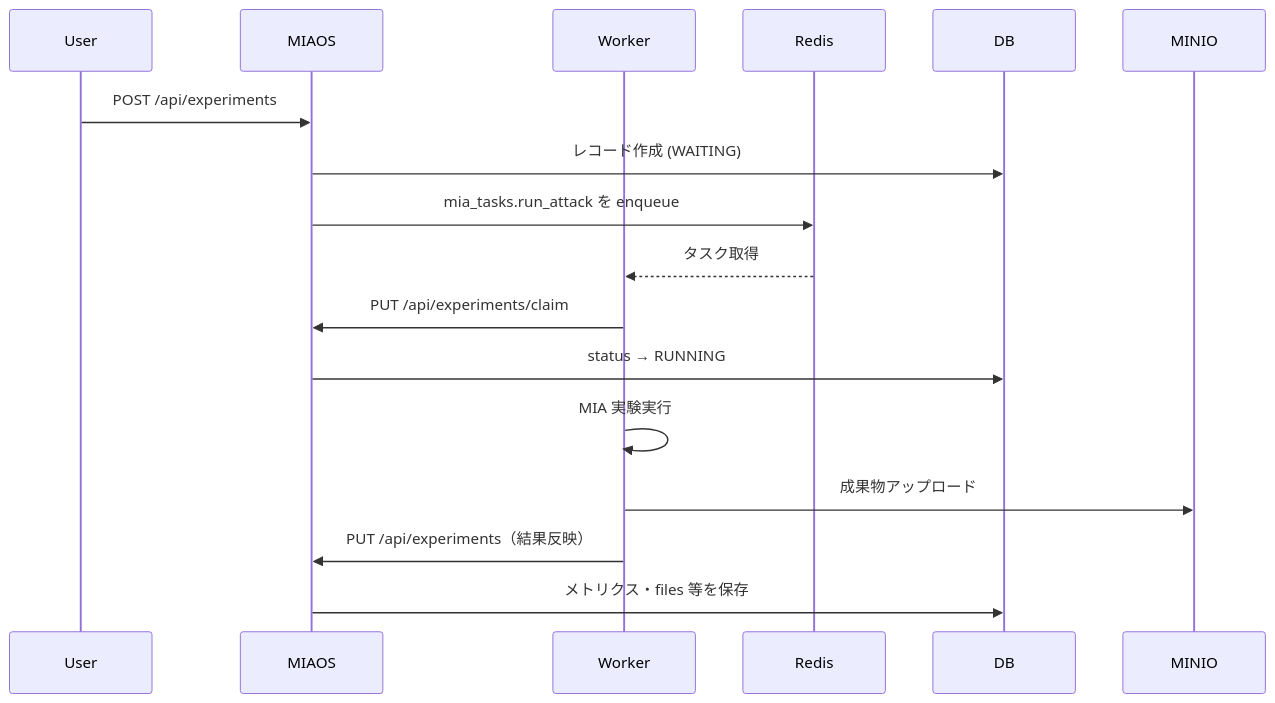
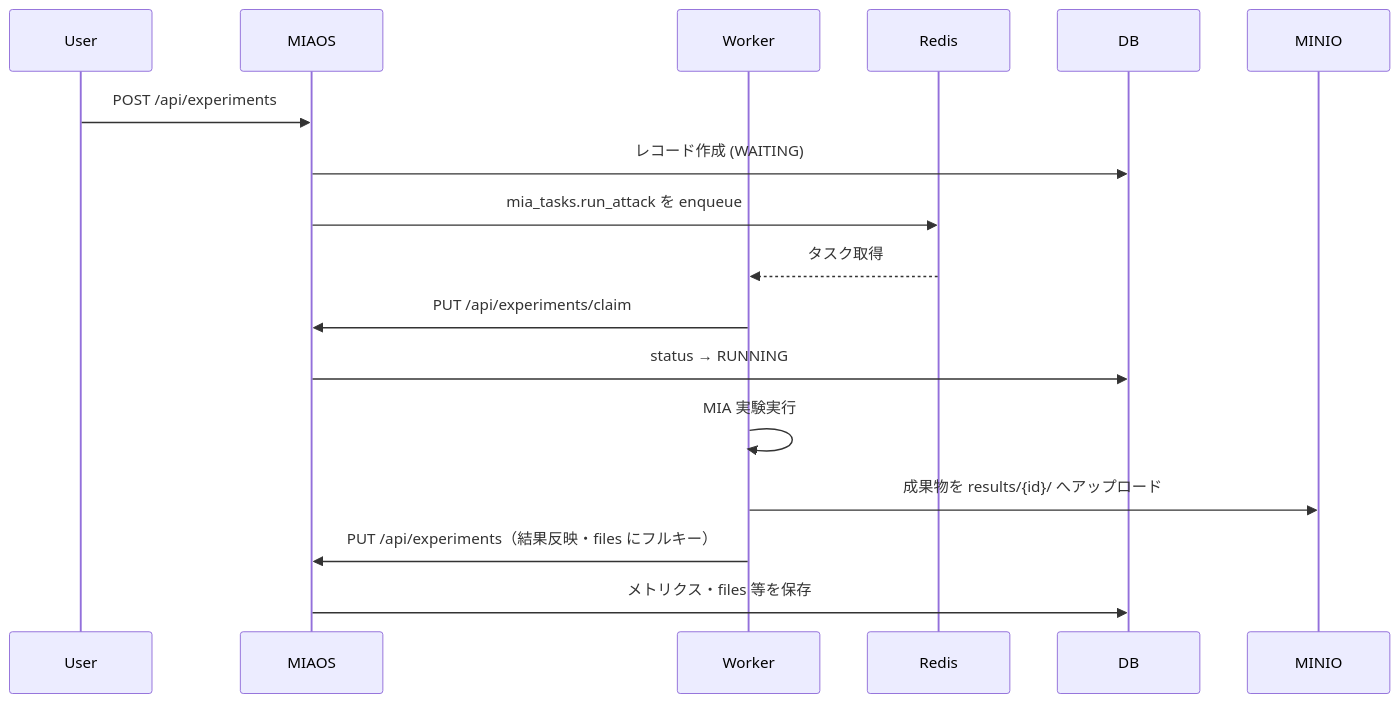
One commit to GoldenPoisonedApple/MIAOS changed the diagram in orchestrator/backend/docs/SPECIFICATION.md. Above: the diagram before and after it, drawn with Mermaid. The commit also changed other lines of this file and 14 other files, not shown here.

````diff
--- a/orchestrator/backend/docs/SPECIFICATION.md
+++ b/orchestrator/backend/docs/SPECIFICATION.md
@@ -182,20 +231,20 @@
 ```mermaid
 sequenceDiagram
 	participant User
 	participant MIAOS
 	participant Worker
 	participant Redis
 	participant DB
 	participant MINIO
 
 	User->>MIAOS: POST /api/experiments
 	MIAOS->>DB: レコード作成 (WAITING)
 	MIAOS->>Redis: mia_tasks.run_attack を enqueue
 	Redis-->>Worker: タスク取得
 	Worker->>MIAOS: PUT /api/experiments/claim
 	MIAOS->>DB: status → RUNNING
 	Worker->>Worker: MIA 実験実行
-	Worker->>MINIO: 成果物アップロード
-	Worker->>MIAOS: PUT /api/experiments（結果反映）
+	Worker->>MINIO: 成果物を results/{id}/ へアップロード
+	Worker->>MIAOS: PUT /api/experiments（結果反映・files にフルキー）
 	MIAOS->>DB: メトリクス・files 等を保存
 ```
````
